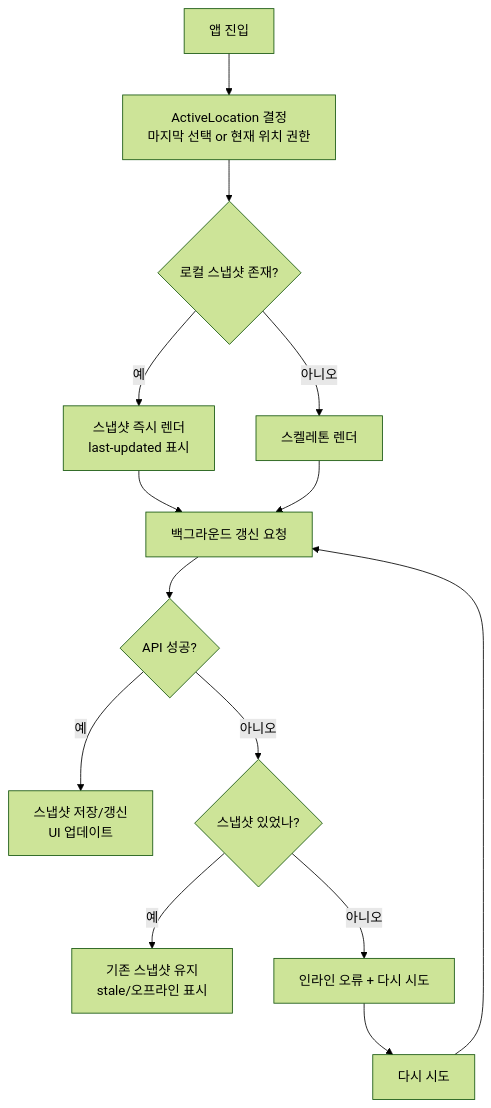
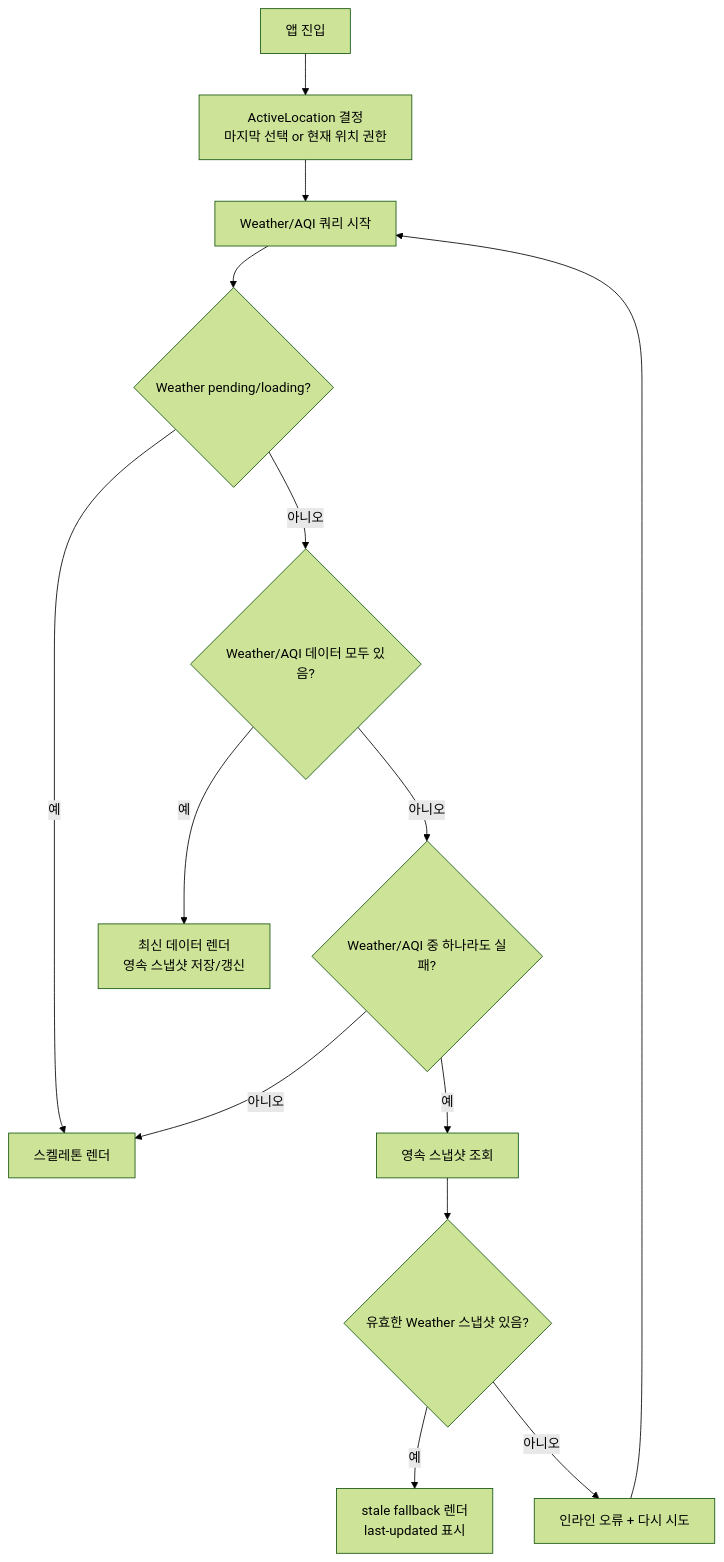
One commit to cgm-16/weatherpane changed the third of 3 diagrams in docs/specs.md. Above: the diagram before and after it, drawn with Mermaid (forest theme). The commit also changed other lines of this file and 2 other files, not shown here.

````diff
--- a/docs/specs.md
+++ b/docs/specs.md
@@ -625,19 +627,16 @@
 ```mermaid
 flowchart TD
   A[앱 진입] --> B[ActiveLocation 결정<br/>마지막 선택 or 현재 위치 권한]
-  B --> C{로컬 스냅샷 존재?}
-  C -->|예| D[스냅샷 즉시 렌더<br/>last-updated 표시]
-  C -->|아니오| E[스켈레톤 렌더]
-
-  D --> F[백그라운드 갱신 요청]
-  E --> F
-
-  F --> G{API 성공?}
-  G -->|예| H[스냅샷 저장/갱신<br/>UI 업데이트]
-  G -->|아니오| I{스냅샷 있었나?}
-  I -->|예| J[기존 스냅샷 유지<br/>stale/오프라인 표시]
-  I -->|아니오| K[인라인 오류 + 다시 시도]
-
-  K --> L[다시 시도]
-  L --> F
+  B --> C[Weather/AQI 쿼리 시작]
+  C --> D{Weather pending/loading?}
+  D -->|예| E[스켈레톤 렌더]
+  D -->|아니오| F{Weather/AQI 데이터 모두 있음?}
+  F -->|예| G[최신 데이터 렌더<br/>영속 스냅샷 저장/갱신]
+  F -->|아니오| H{Weather/AQI 중 하나라도 실패?}
+  H -->|아니오| E
+  H -->|예| I[영속 스냅샷 조회]
+  I --> J{유효한 Weather 스냅샷 있음?}
+  J -->|예| K[stale fallback 렌더<br/>last-updated 표시]
+  J -->|아니오| L[인라인 오류 + 다시 시도]
+  L --> C
 ```
````
